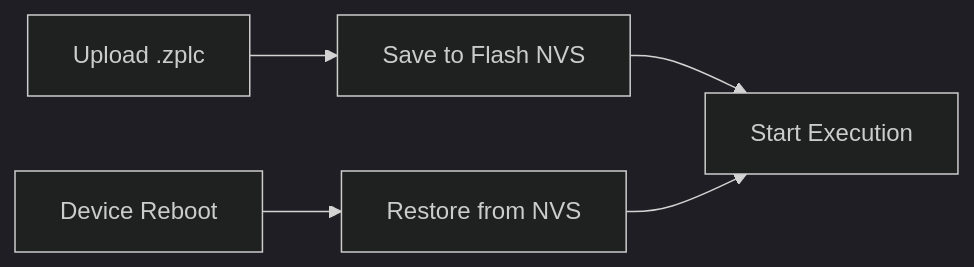
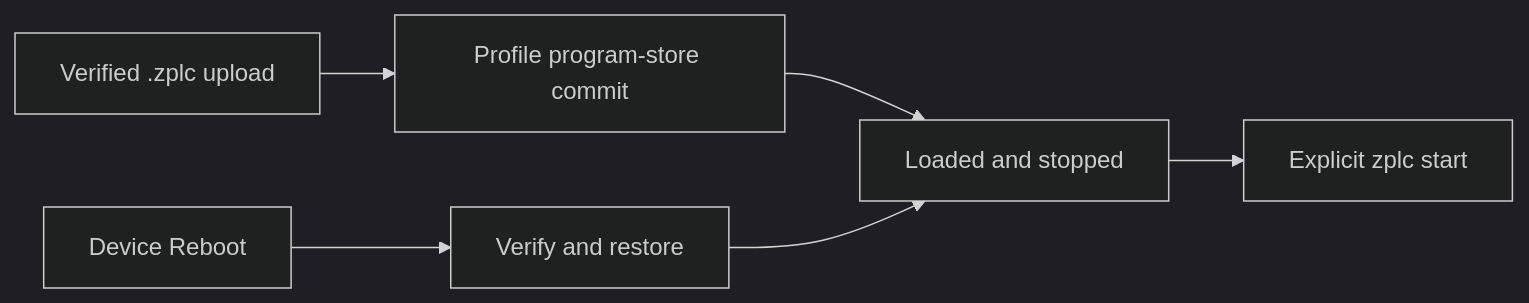
Before and after one commit to eduardojvieira/ZPLC: the diagram in docs/docs/runtime/persistence.md, drawn with Mermaid (dark theme). The commit also changed other lines of this file and 62 other files, not shown here.

````diff
--- a/docs/docs/runtime/persistence.md
+++ b/docs/docs/runtime/persistence.md
@@ -29,7 +32,8 @@
 ```mermaid
 flowchart LR
-  Load[Upload .zplc] --> Save[Save to Flash NVS]
-  Save --> Run[Start Execution]
-  Boot[Device Reboot] --> Restore[Restore from NVS]
-  Restore --> Run
+  Load[Verified .zplc upload] --> Save[Profile program-store commit]
+  Save --> Ready[Loaded and stopped]
+  Boot[Device Reboot] --> Restore[Verify and restore]
+  Restore --> Ready
+  Ready --> Start[Explicit zplc start]
 ```
````
